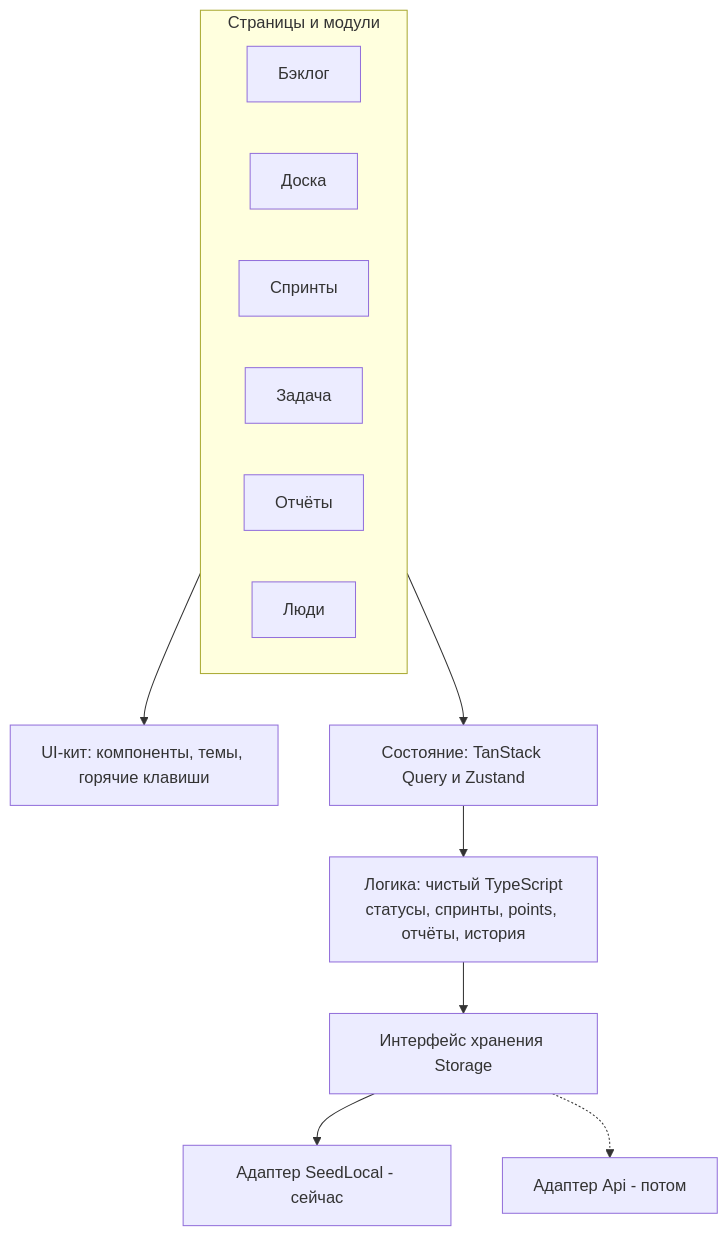
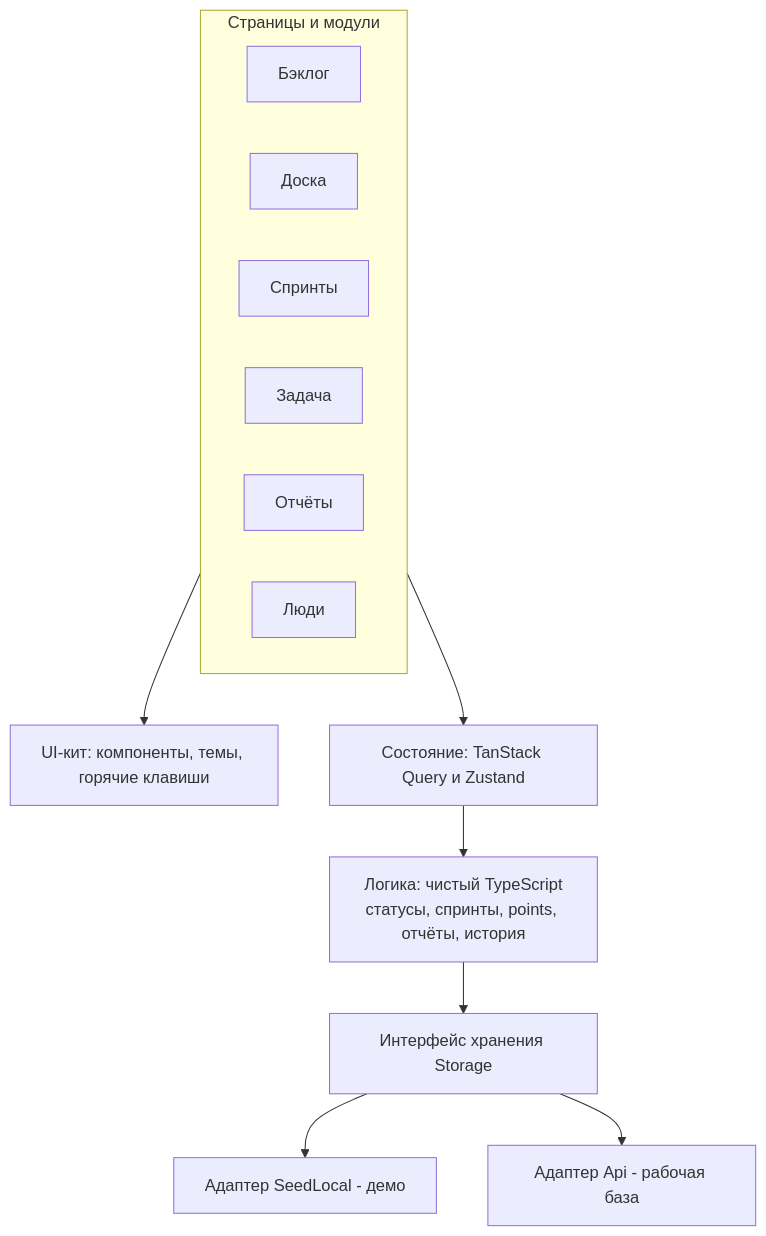
The third of 8 diagrams in docs/architecture.md (TimurNazmutdinov/team-tracker), drawn with Mermaid before and after one commit. The commit also changed other lines of this file and 29 other files, not shown here.

````diff
--- a/docs/architecture.md
+++ b/docs/architecture.md
@@ -75,23 +76,23 @@
 ```mermaid
 flowchart TD
     subgraph Pages[Страницы и модули]
         B[Бэклог]
         Bo[Доска]
         Sp[Спринты]
         Is[Задача]
         Re[Отчёты]
         Pe[Люди]
     end
     UI[UI-кит: компоненты, темы, горячие клавиши]
     St[Состояние: TanStack Query и Zustand]
     L[Логика: чистый TypeScript<br/>статусы, спринты, points, отчёты, история]
     I[Интерфейс хранения Storage]
-    A1[Адаптер SeedLocal - сейчас]
-    A2[Адаптер Api - потом]
+    A1[Адаптер SeedLocal - демо]
+    A2[Адаптер Api - рабочая база]
     Pages --> UI
     Pages --> St
     St --> L
     L --> I
     I --> A1
-    I -.-> A2
+    I --> A2
 ```
````
